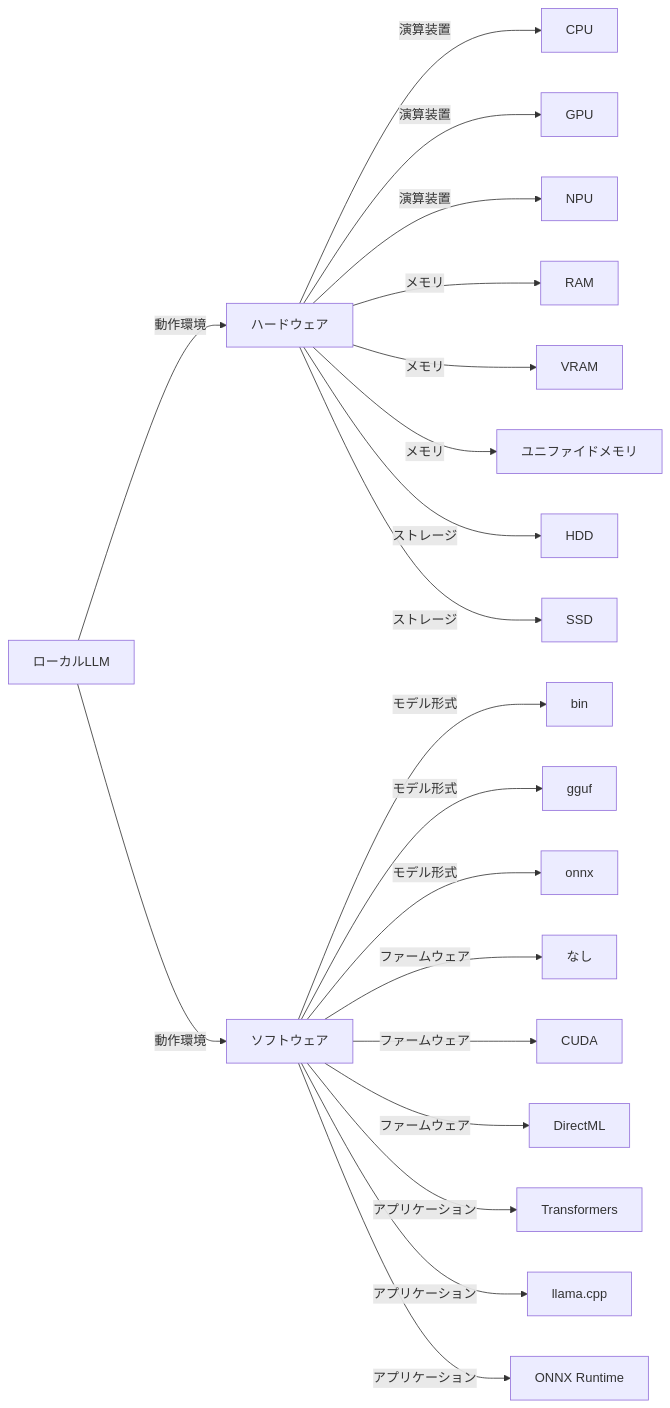
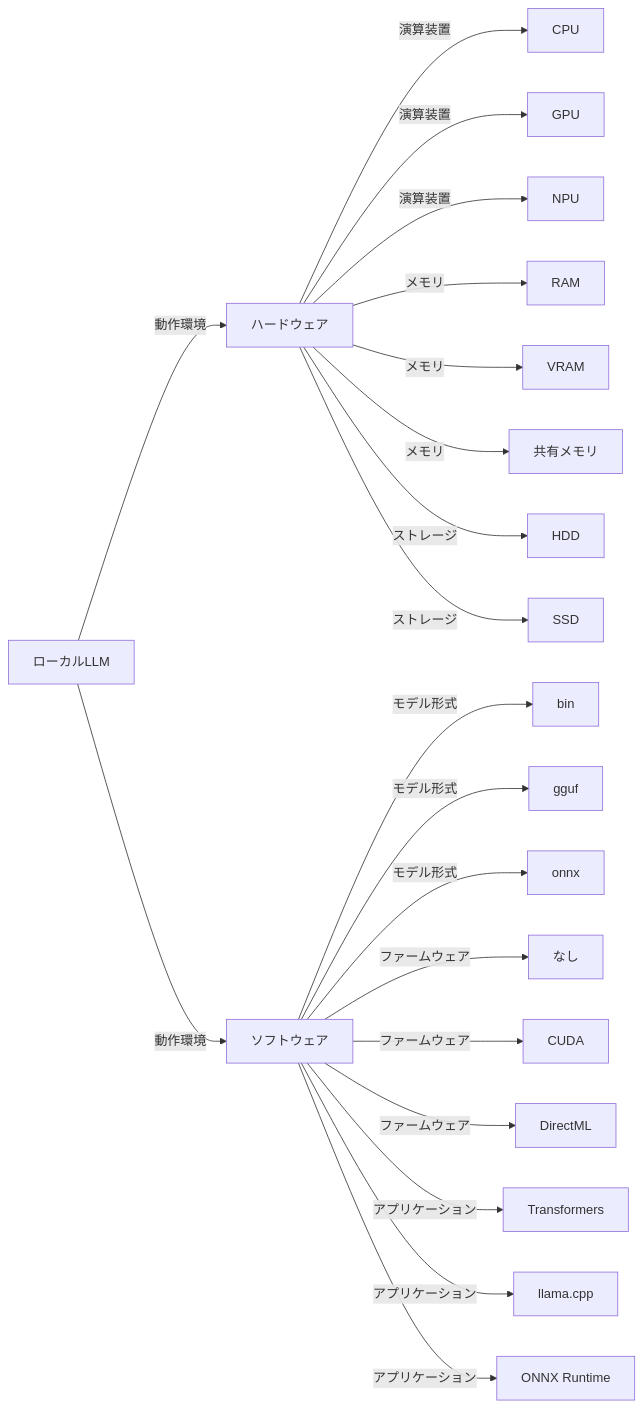
Before and after one commit to SparklingDetergent/doc_genai_About_the_local_LLM_operating_environment: the first of 12 diagrams in README.md, drawn with Mermaid. The commit also changed other lines of this file, not shown here.

````diff
--- a/README.md
+++ b/README.md
@@ -33,24 +33,24 @@
 ```mermaid
 graph LR
     A[ローカルLLM] -->|動作環境| B[ハードウェア]
     A[ローカルLLM] -->|動作環境| C[ソフトウェア]
 
     B[ハードウェア] -->|演算装置| D[CPU]
     B[ハードウェア] -->|演算装置| E[GPU]
     B[ハードウェア] -->|演算装置| F[NPU]
     B[ハードウェア] -->|メモリ| G[RAM]
     B[ハードウェア] -->|メモリ| H[VRAM]
-    B[ハードウェア] -->|メモリ| I[ユニファイドメモリ]
+    B[ハードウェア] -->|メモリ| I[共有メモリ]
     B[ハードウェア] -->|ストレージ| J[HDD]
     B[ハードウェア] -->|ストレージ| K[SSD]
 
     C[ソフトウェア] -->|モデル形式| L[bin]
     C[ソフトウェア] -->|モデル形式| M[gguf]
     C[ソフトウェア] -->|モデル形式| N[onnx]
     C[ソフトウェア] -->|ファームウェア| O[なし]
     C[ソフトウェア] -->|ファームウェア| P[CUDA]
     C[ソフトウェア] -->|ファームウェア| Q[DirectML]
     C[ソフトウェア] -->|アプリケーション| R[Transformers]
     C[ソフトウェア] -->|アプリケーション| S[llama.cpp]
     C[ソフトウェア] -->|アプリケーション| T[ONNX Runtime]
 ```
````
